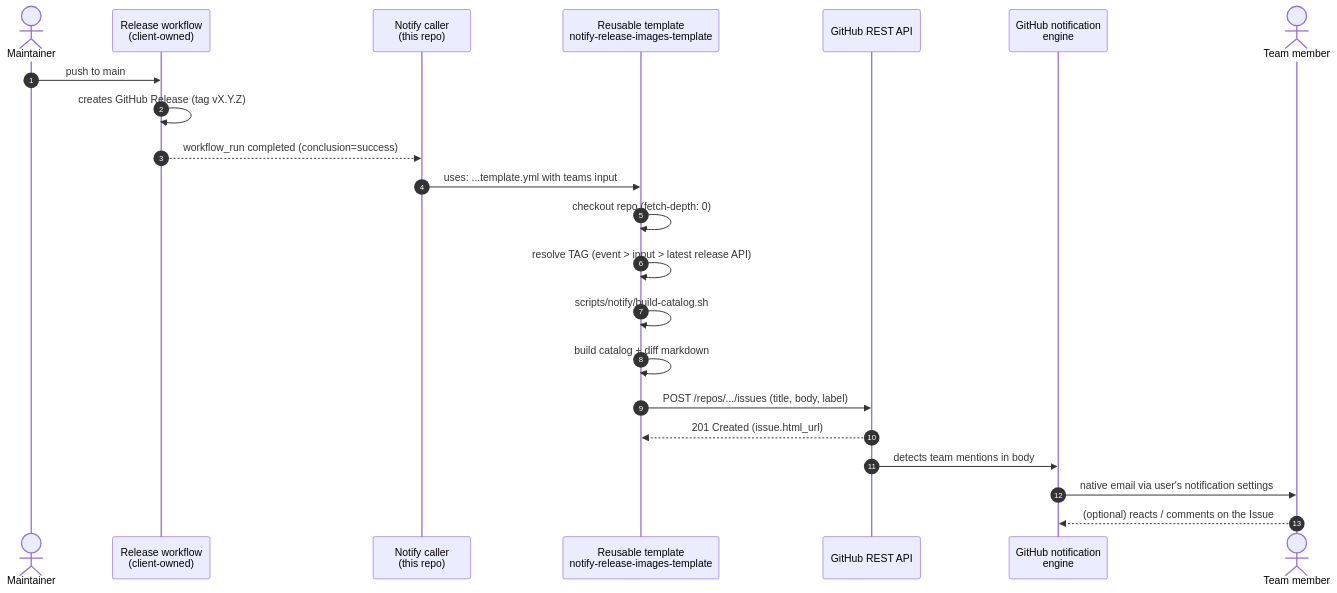
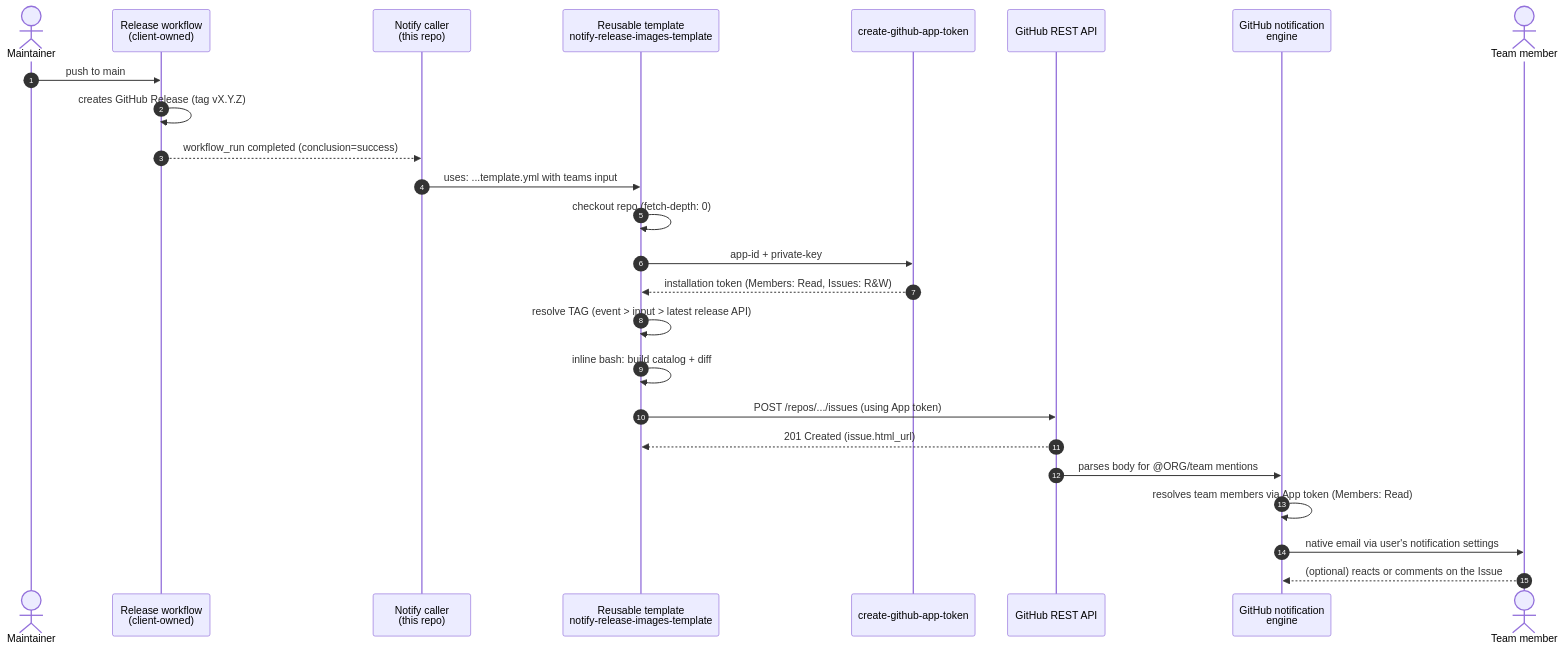
Before and after one commit to welbsterhansi/lab-utils-notify: the diagram in flow.md, drawn with Mermaid. The commit also changed other lines of this file and 6 other files, not shown here.

First line of the commit message:
feat: inline template + mandatory GitHub App + only @ORG/team mentions

````diff
--- a/flow.md
+++ b/flow.md
@@ -8,25 +8,28 @@
 ```mermaid
 sequenceDiagram
     autonumber
     actor Maintainer
     participant Release as Release workflow<br/>(client-owned)
-    participant Notify as Notify caller<br/>(this repo)
+    participant Caller as Notify caller<br/>(this repo)
     participant Template as Reusable template<br/>notify-release-images-template
+    participant AppApi as create-github-app-token
     participant API as GitHub REST API
     participant Notif as GitHub notification<br/>engine
     actor Dev as Team member
 
     Maintainer->>Release: push to main
     Release->>Release: creates GitHub Release (tag vX.Y.Z)
-    Release-->>Notify: workflow_run completed (conclusion=success)
-    Notify->>Template: uses: ...template.yml with teams input
+    Release-->>Caller: workflow_run completed (conclusion=success)
+    Caller->>Template: uses: ...template.yml with teams input
     Template->>Template: checkout repo (fetch-depth: 0)
+    Template->>AppApi: app-id + private-key
+    AppApi-->>Template: installation token (Members: Read, Issues: R&W)
     Template->>Template: resolve TAG (event > input > latest release API)
-    Template->>Template: scripts/notify/build-catalog.sh
-    Template->>Template: build catalog + diff markdown
-    Template->>API: POST /repos/.../issues (title, body, label)
+    Template->>Template: inline bash: build catalog + diff
+    Template->>API: POST /repos/.../issues (using App token)
     API-->>Template: 201 Created (issue.html_url)
-    API->>Notif: detects team mentions in body
+    API->>Notif: parses body for @ORG/team mentions
+    Notif->>Notif: resolves team members via App token (Members: Read)
     Notif->>Dev: native email via user's notification settings
-    Dev-->>Notif: (optional) reacts / comments on the Issue
+    Dev-->>Notif: (optional) reacts or comments on the Issue
 ```
````
